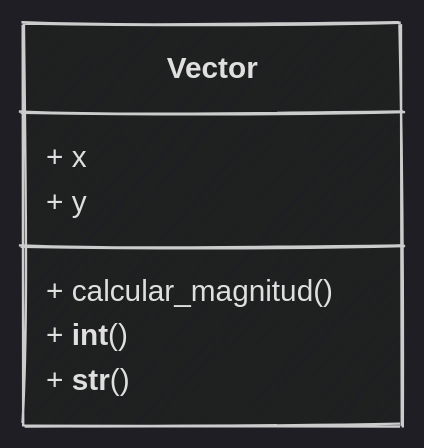
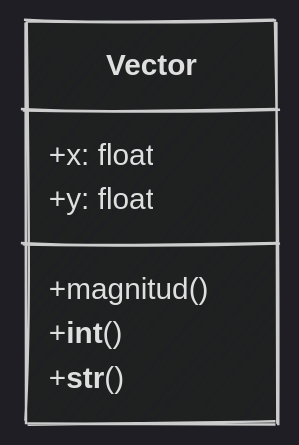
Before and after one commit to python-la-paz/python-study-group-oop: the fifth of 10 diagrams in content/sesion08/Readme.md, drawn with Mermaid. The commit also changed other lines of this file, not shown here.

````diff
--- a/content/sesion08/Readme.md
+++ b/content/sesion08/Readme.md
@@ -834,11 +836,11 @@
 ```mermaid
 %%{init: {"theme": "dark", "look": "handDrawn"  }}%%
 classDiagram
     class Vector {
-        + x
-        + y
-        + calcular_magnitud()
-        + __int__()
-        + __str__()
+        +x: float
+        +y: float
+        +magnitud()
+        +__int__()
+        +__str__()
     }
 ```
````
